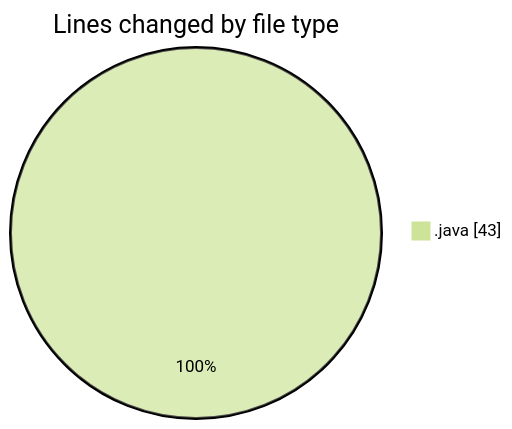
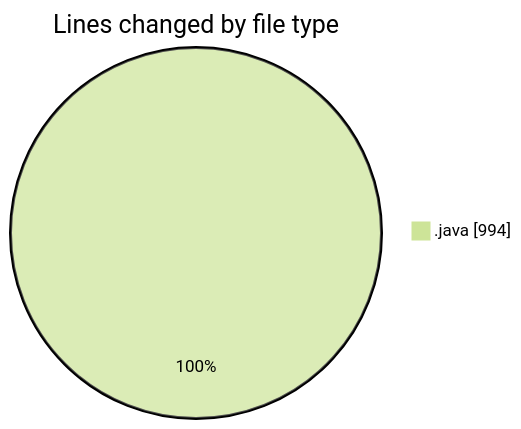
Before and after one commit to ricardozamudiocil/code-tracking: the first of 2 diagrams in 2026-04-07/cilapp/README.md, drawn with Mermaid (forest theme). The commit also changed other lines of this file and 1 other file, not shown here.

````diff
--- a/2026-04-07/cilapp/README.md
+++ b/2026-04-07/cilapp/README.md
@@ -21,5 +22,5 @@
 ```mermaid
 pie showData
 title Lines changed by file type
-".java" : 43
+".java" : 994
 ```
````
